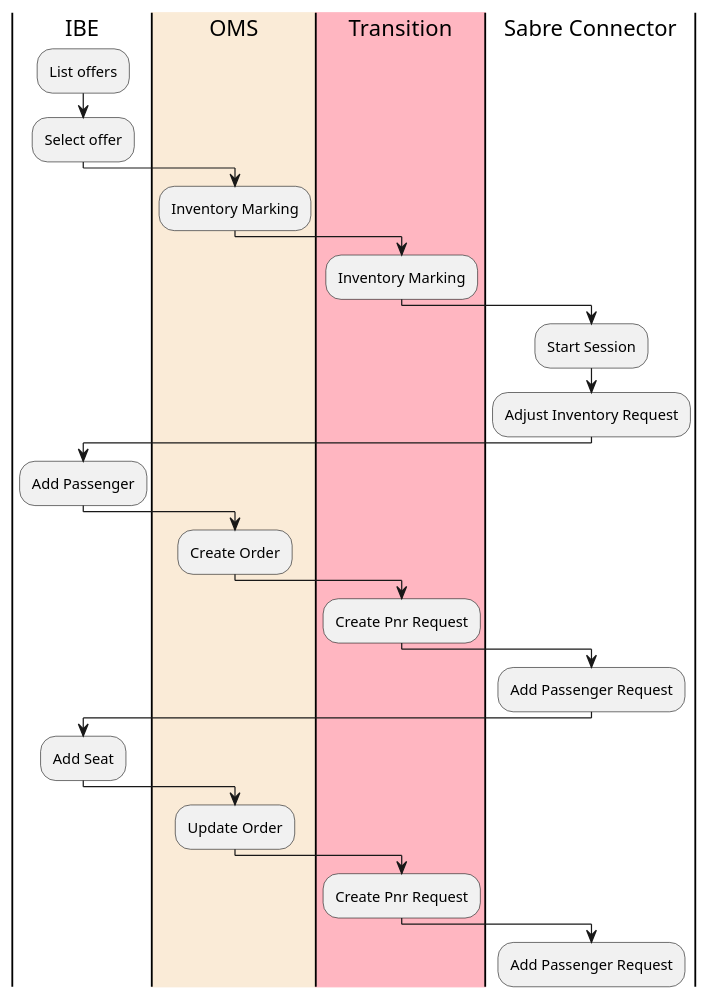
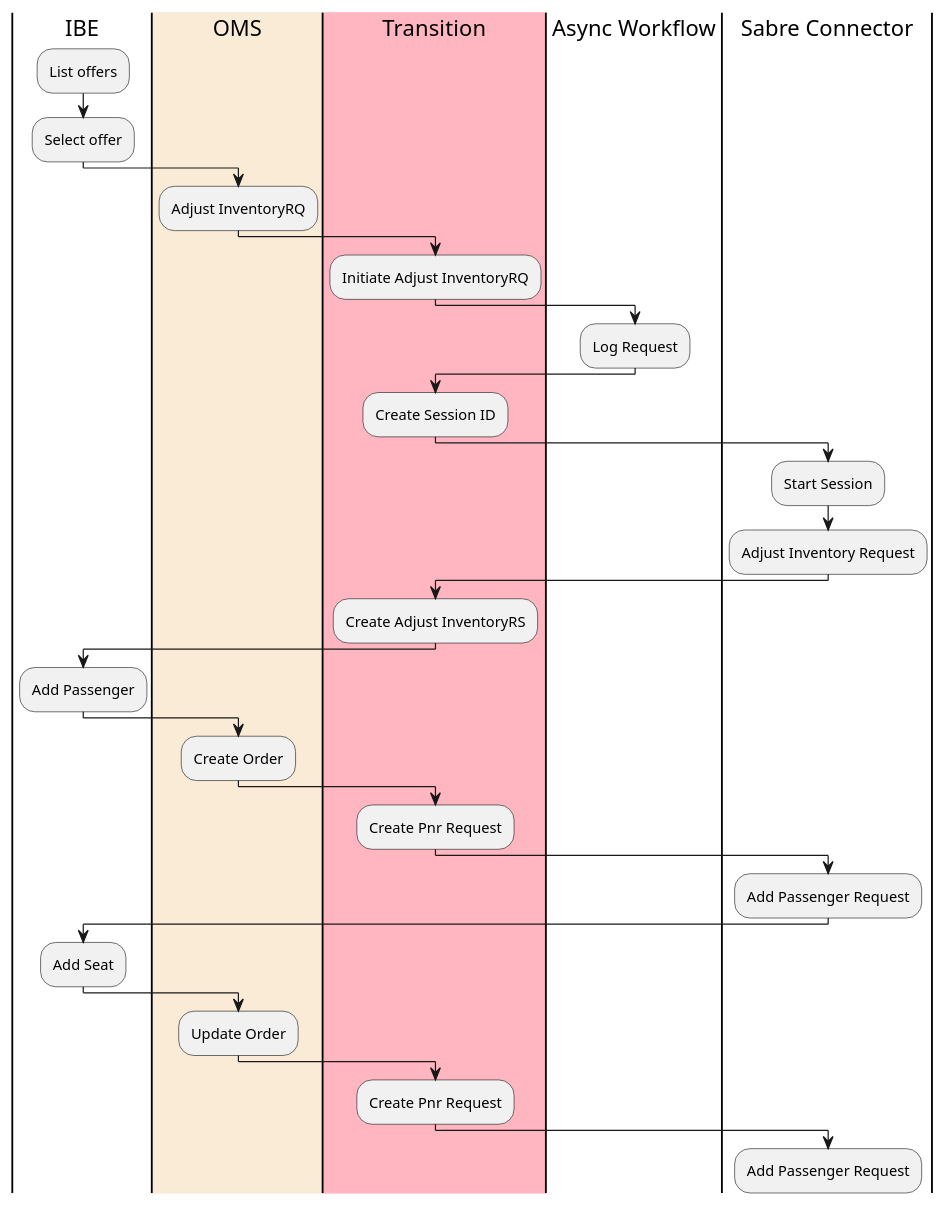
The diagram in cetai/milestone3/milestone3.plantuml (cetai-org/camel-karavan), drawn with PlantUML before and after one commit. The commit also changed 51 other files, not shown here.

```diff
--- a/cetai/milestone3/milestone3.plantuml
+++ b/cetai/milestone3/milestone3.plantuml
@@ -1,29 +1,36 @@
 @startuml  milestone3
 
 |IBE|
 :List offers;
 :Select offer;
 |#AntiqueWhite|OMS|
-:Inventory Marking;
+:Adjust InventoryRQ;
 |#LightPink|Transition|
-:Inventory Marking;
+:Initiate Adjust InventoryRQ;
+|Async Workflow|
+:Log Request;
+|#LightPink|Transition|
+:Create Session ID;
+
 |Sabre Connector|
 :Start Session;
 :Adjust Inventory Request;
+|#LightPink|Transition|
+:Create Adjust InventoryRS;
 |IBE|
 :Add Passenger;
 |OMS|
 :Create Order;
 |Transition|
 :Create Pnr Request;
 |Sabre Connector|
 :Add Passenger Request;
 |IBE|
 :Add Seat;
 |OMS|
 :Update Order;
 |Transition|
 :Create Pnr Request;
 |Sabre Connector|
 :Add Passenger Request;
 @enduml
```
